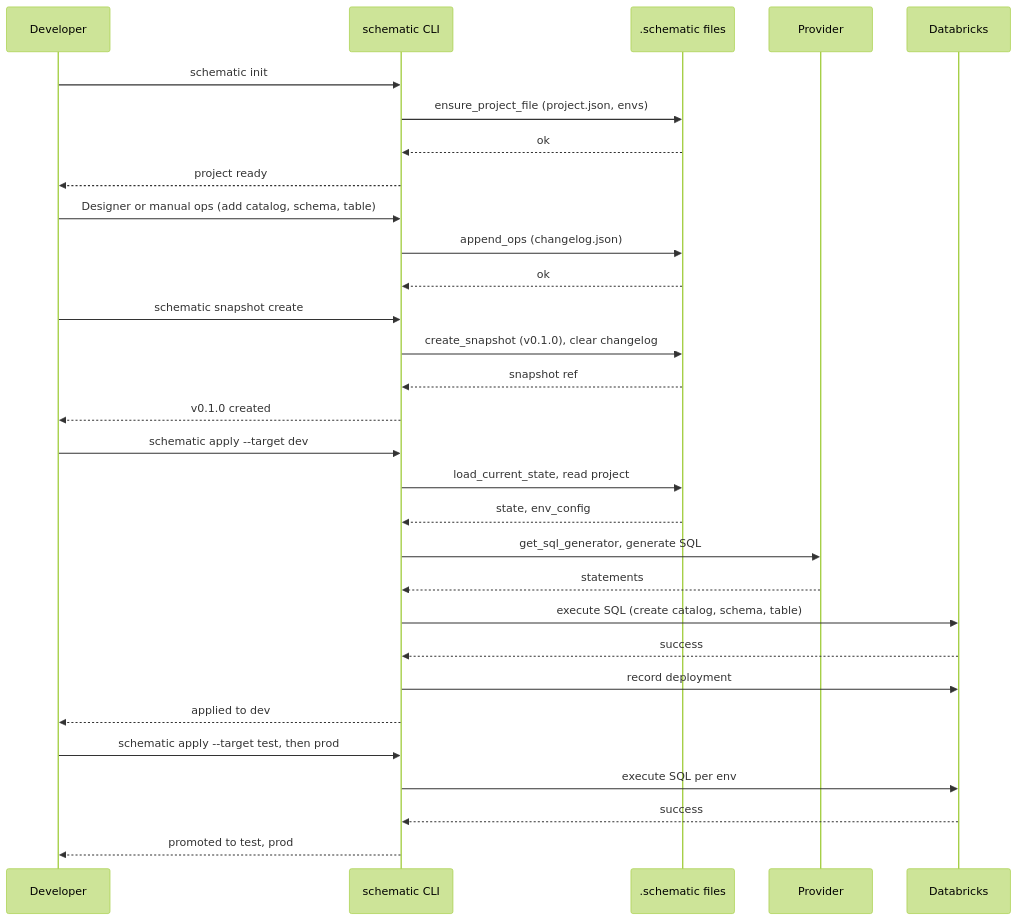
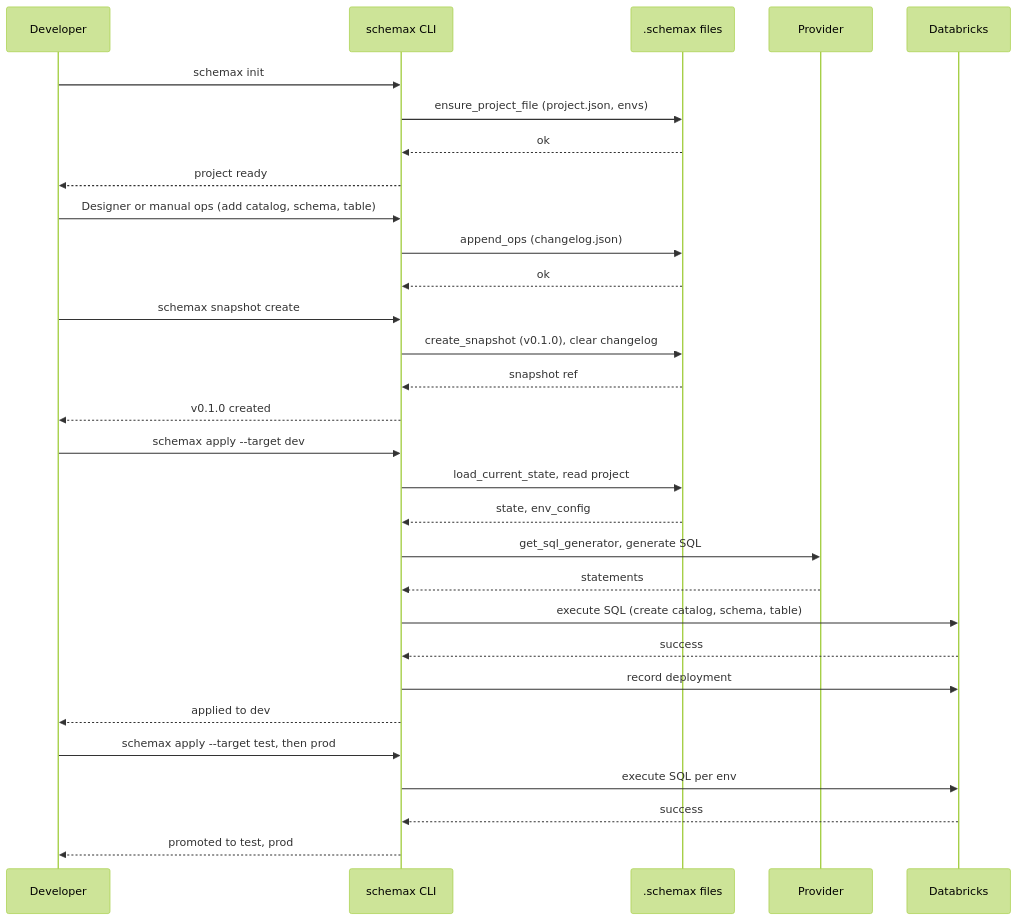
Before and after one commit to vb-dbrks/schemax: the first of 6 diagrams in docs/WORKFLOWS.md, drawn with Mermaid (forest theme). The commit also changed other lines of this file and 289 other files, not shown here.

First line of the commit message:
Rename schemax (#100)

````diff
--- a/docs/WORKFLOWS.md
+++ b/docs/WORKFLOWS.md
@@ -38,37 +38,37 @@
 ```mermaid
 sequenceDiagram
   participant Dev as Developer
-  participant CLI as schematic CLI
-  participant Storage as .schematic files
+  participant CLI as schemax CLI
+  participant Storage as .schemax files
   participant Provider as Provider
   participant DB as Databricks
 
-  Dev->>CLI: schematic init
+  Dev->>CLI: schemax init
   CLI->>Storage: ensure_project_file (project.json, envs)
   Storage-->>CLI: ok
   CLI-->>Dev: project ready
 
   Dev->>CLI: Designer or manual ops (add catalog, schema, table)
   CLI->>Storage: append_ops (changelog.json)
   Storage-->>CLI: ok
 
-  Dev->>CLI: schematic snapshot create
+  Dev->>CLI: schemax snapshot create
   CLI->>Storage: create_snapshot (v0.1.0), clear changelog
   Storage-->>CLI: snapshot ref
   CLI-->>Dev: v0.1.0 created
 
-  Dev->>CLI: schematic apply --target dev
+  Dev->>CLI: schemax apply --target dev
   CLI->>Storage: load_current_state, read project
   Storage-->>CLI: state, env_config
   CLI->>Provider: get_sql_generator, generate SQL
   Provider-->>CLI: statements
   CLI->>DB: execute SQL (create catalog, schema, table)
   DB-->>CLI: success
   CLI->>DB: record deployment
   CLI-->>Dev: applied to dev
 
-  Dev->>CLI: schematic apply --target test, then prod
+  Dev->>CLI: schemax apply --target test, then prod
   CLI->>DB: execute SQL per env
   DB-->>CLI: success
   CLI-->>Dev: promoted to test, prod
 ```
````
